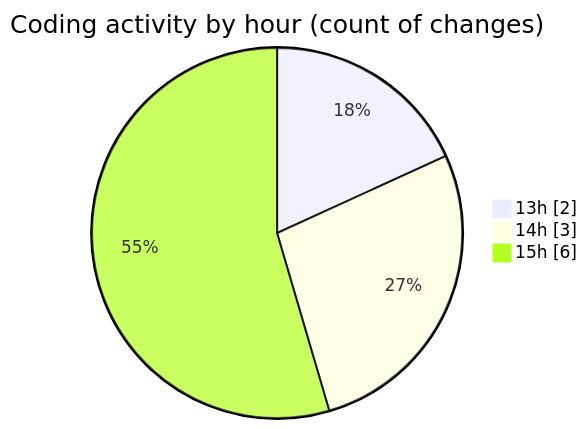
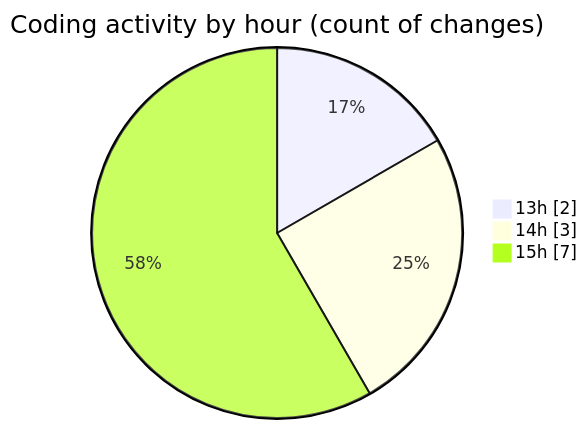
One commit to julien-gomy/code-tracking changed the second of 2 diagrams in 2025-11-14/cdp_aleoudev_fr__workspace_/README.md. Above: the diagram before and after it, drawn with Mermaid. The commit also changed other lines of this file and 1 other file, not shown here.

````diff
--- a/2025-11-14/cdp_aleoudev_fr__workspace_/README.md
+++ b/2025-11-14/cdp_aleoudev_fr__workspace_/README.md
@@ -30,7 +31,7 @@
 ```mermaid
 pie showData
 title Coding activity by hour (count of changes)
 "13h" : 2
 "14h" : 3
-"15h" : 6
+"15h" : 7
 ```
````
